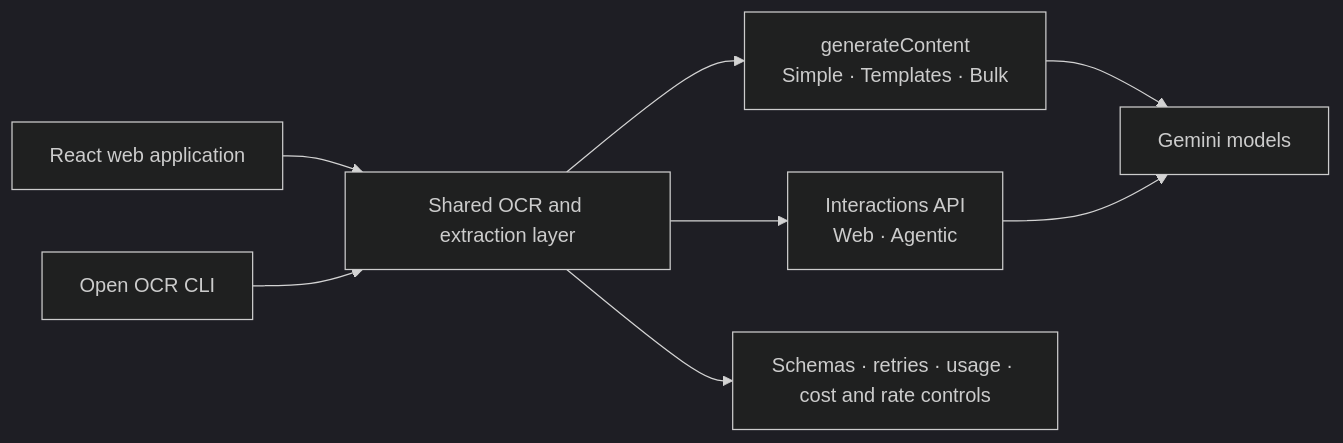
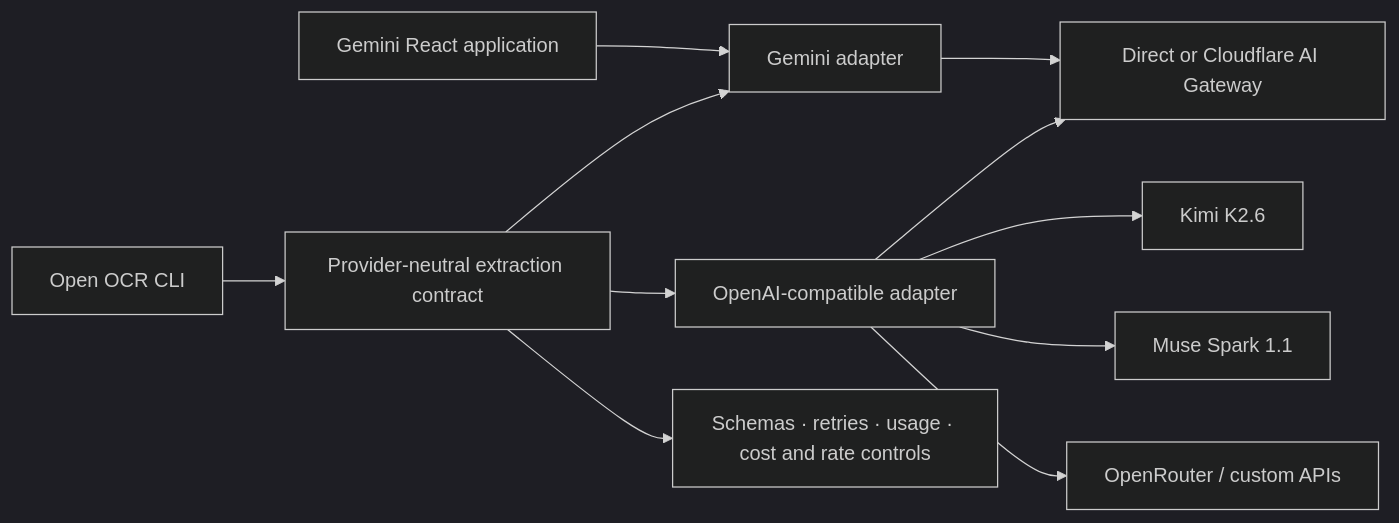
One commit to cyanxxy/open-ocr-cli changed the diagram in README.md. Above: the diagram before and after it, drawn with Mermaid (dark theme). The commit also changed other lines of this file and 72 other files, not shown here.

Commit message:
Release Open OCR CLI 2.0.0

````diff
--- a/README.md
+++ b/README.md
@@ -179,10 +313,13 @@
 ```mermaid
 flowchart LR
-  Web["React web application"] --> Core["Shared OCR and extraction layer"]
-  CLI["Open OCR CLI"] --> Core
-  Core --> Generate["generateContent<br/>Simple · Templates · Bulk"]
-  Core --> Interactions["Interactions API<br/>Web · Agentic"]
-  Generate --> Models["Gemini models"]
-  Interactions --> Models
+  Web["Gemini React application"] --> Gemini["Gemini adapter"]
+  CLI["Open OCR CLI"] --> Core["Provider-neutral extraction contract"]
+  Core --> Gemini
+  Core --> Compatible["OpenAI-compatible adapter"]
+  Compatible --> Kimi["Kimi K2.6"]
+  Compatible --> Muse["Muse Spark 1.1"]
+  Compatible --> Router["OpenRouter / custom APIs"]
+  Gemini --> Gateway["Direct or Cloudflare AI Gateway"]
+  Compatible --> Gateway
   Core --> Guardrails["Schemas · retries · usage · cost and rate controls"]
 ```
````
